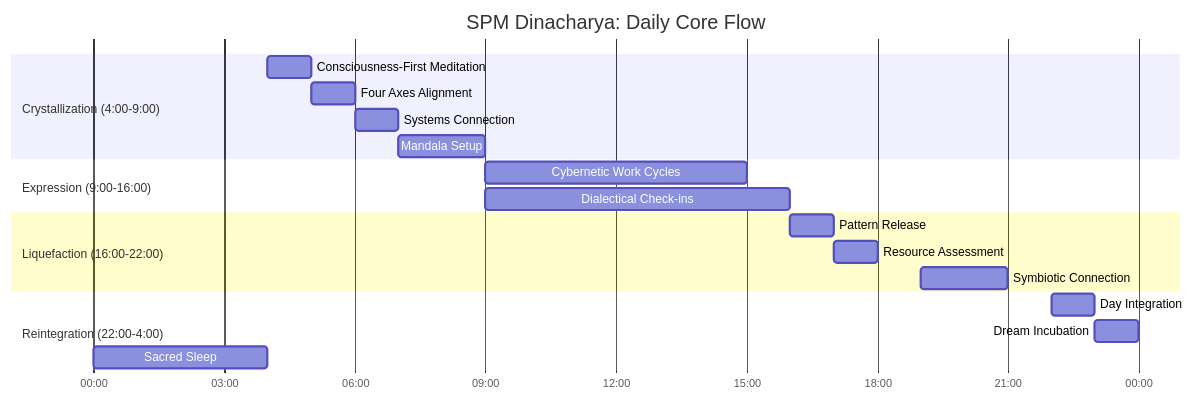
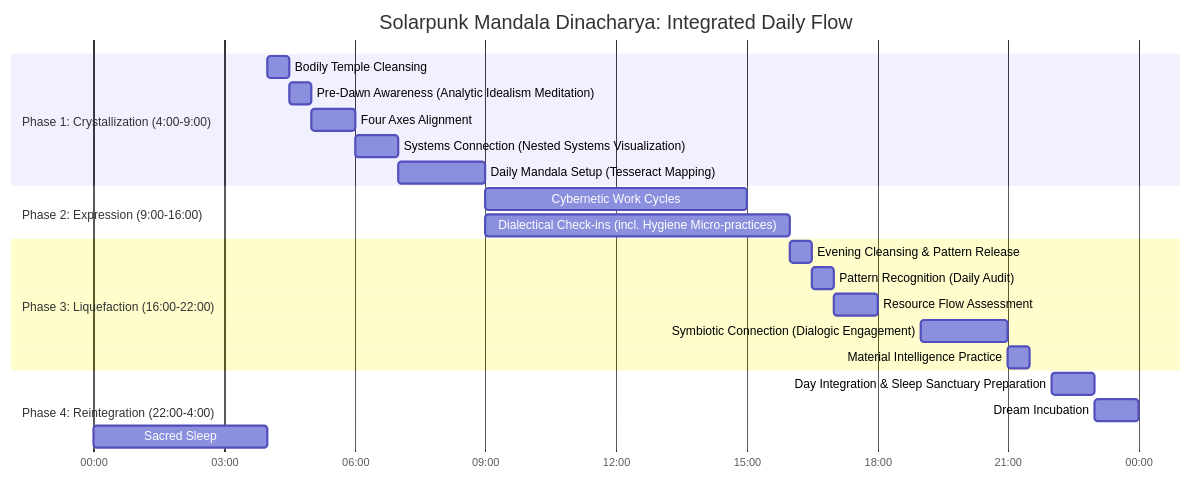
One commit to ravaioli/solarpunk-mandala changed the first of 3 diagrams in guides/protocols/05-dinacharya-daily-rhythms.md. Above: the diagram before and after it, drawn with Mermaid.

````diff
--- a/guides/protocols/05-dinacharya-daily-rhythms.md
+++ b/guides/protocols/05-dinacharya-daily-rhythms.md
@@ -64,26 +64,29 @@
 ```mermaid
 gantt
-    title SPM Dinacharya: Daily Core Flow
+    title Solarpunk Mandala Dinacharya: Integrated Daily Flow
     dateFormat HH:mm
     axisFormat %H:%M
-    
-    section Crystallization (4:00-9:00)
-    Consciousness-First Meditation :04:00, 1h
+
+    section Phase 1: Crystallization (4:00-9:00)
+    Bodily Temple Cleansing :04:00, 30m
+    Pre-Dawn Awareness (Analytic Idealism Meditation) :04:30, 30m
     Four Axes Alignment :05:00, 1h
-    Systems Connection :06:00, 1h
-    Mandala Setup :07:00, 2h
-    
-    section Expression (9:00-16:00)
+    Systems Connection (Nested Systems Visualization) :06:00, 1h
+    Daily Mandala Setup (Tesseract Mapping) :07:00, 2h
+
+    section Phase 2: Expression (9:00-16:00)
     Cybernetic Work Cycles :09:00, 6h
-    Dialectical Check-ins :09:00, 7h
-    
-    section Liquefaction (16:00-22:00)
-    Pattern Release :16:00, 1h
-    Resource Assessment :17:00, 1h
-    Symbiotic Connection :19:00, 2h
-    
-    section Reintegration (22:00-4:00)
-    Day Integration :22:00, 1h
+    Dialectical Check-ins (incl. Hygiene Micro-practices) :09:00, 7h
+
+    section Phase 3: Liquefaction (16:00-22:00)
+    Evening Cleansing & Pattern Release :16:00, 30m
+    Pattern Recognition (Daily Audit) :16:30, 30m
+    Resource Flow Assessment :17:00, 1h
+    Symbiotic Connection (Dialogic Engagement) :19:00, 2h
+    Material Intelligence Practice :21:00, 30m
+
+    section Phase 4: Reintegration (22:00-4:00)
+    Day Integration & Sleep Sanctuary Preparation :22:00, 1h
     Dream Incubation :23:00, 1h
     Sacred Sleep :00:00, 4h
 ```
````
